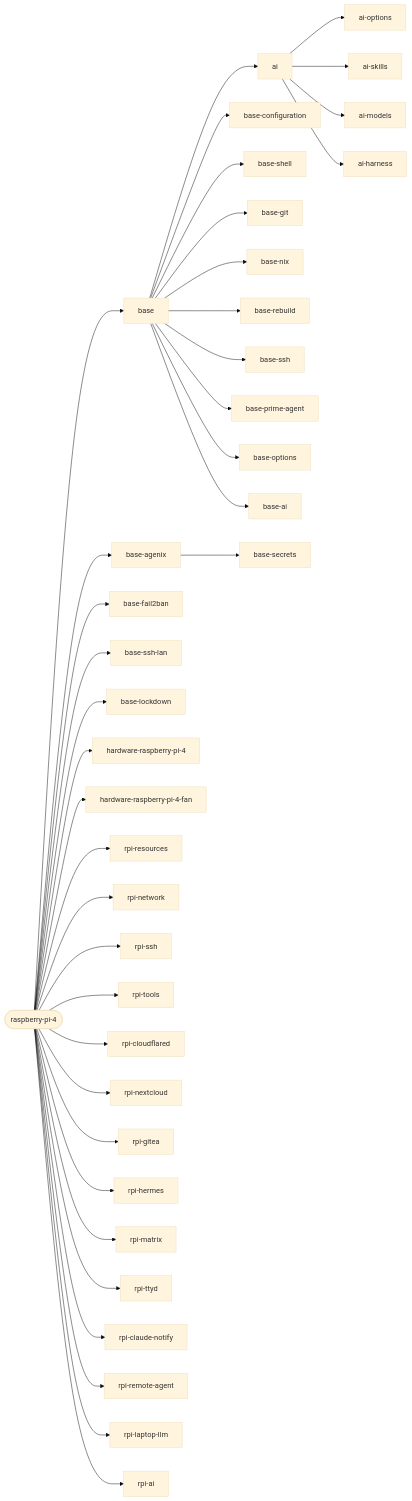
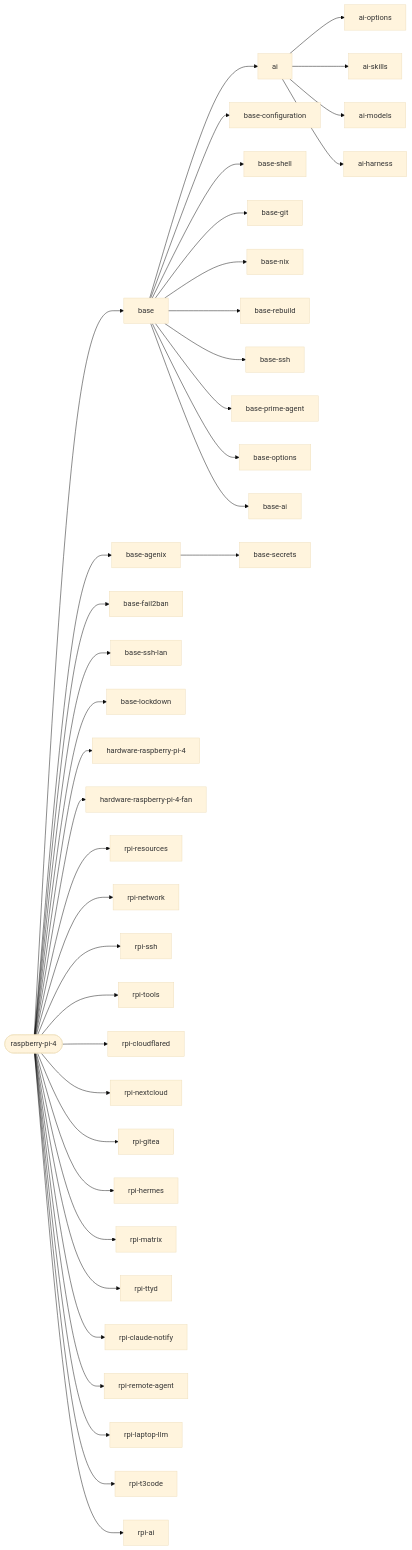
One commit to janusz-bit/nixos changed the second of 3 diagrams in docs/reference/hosts.md. Above: the diagram before and after it, drawn with Mermaid (base theme). The commit also changed other lines of this file and 4 other files, not shown here.

Commit message:
rpi: t3code in the browser through tailscale serve

````diff
--- a/docs/reference/hosts.md
+++ b/docs/reference/hosts.md
@@ -134,40 +134,41 @@
 ```mermaid
 flowchart LR
   host_raspberry_pi_4([raspberry-pi-4])
   host_raspberry_pi_4 --> base[base]
   host_raspberry_pi_4 --> base_agenix[base-agenix]
   host_raspberry_pi_4 --> base_fail2ban[base-fail2ban]
   host_raspberry_pi_4 --> base_ssh_lan[base-ssh-lan]
   host_raspberry_pi_4 --> base_lockdown[base-lockdown]
   host_raspberry_pi_4 --> hardware_raspberry_pi_4[hardware-raspberry-pi-4]
   host_raspberry_pi_4 --> hardware_raspberry_pi_4_fan[hardware-raspberry-pi-4-fan]
   host_raspberry_pi_4 --> rpi_resources[rpi-resources]
   host_raspberry_pi_4 --> rpi_network[rpi-network]
   host_raspberry_pi_4 --> rpi_ssh[rpi-ssh]
   host_raspberry_pi_4 --> rpi_tools[rpi-tools]
   host_raspberry_pi_4 --> rpi_cloudflared[rpi-cloudflared]
   host_raspberry_pi_4 --> rpi_nextcloud[rpi-nextcloud]
   host_raspberry_pi_4 --> rpi_gitea[rpi-gitea]
   host_raspberry_pi_4 --> rpi_hermes[rpi-hermes]
   host_raspberry_pi_4 --> rpi_matrix[rpi-matrix]
   host_raspberry_pi_4 --> rpi_ttyd[rpi-ttyd]
   host_raspberry_pi_4 --> rpi_claude_notify[rpi-claude-notify]
   host_raspberry_pi_4 --> rpi_remote_agent[rpi-remote-agent]
   host_raspberry_pi_4 --> rpi_laptop_llm[rpi-laptop-llm]
+  host_raspberry_pi_4 --> rpi_t3code[rpi-t3code]
   host_raspberry_pi_4 --> rpi_ai[rpi-ai]
   ai --> ai_options[ai-options]
   ai --> ai_skills[ai-skills]
   ai --> ai_models[ai-models]
   ai --> ai_harness[ai-harness]
   base --> base_configuration[base-configuration]
   base --> base_shell[base-shell]
   base --> base_git[base-git]
   base --> base_nix[base-nix]
   base --> base_rebuild[base-rebuild]
   base --> base_ssh[base-ssh]
   base --> base_prime_agent[base-prime-agent]
   base --> base_options[base-options]
   base --> ai[ai]
   base --> base_ai[base-ai]
   base_agenix --> base_secrets[base-secrets]
 ```
````
